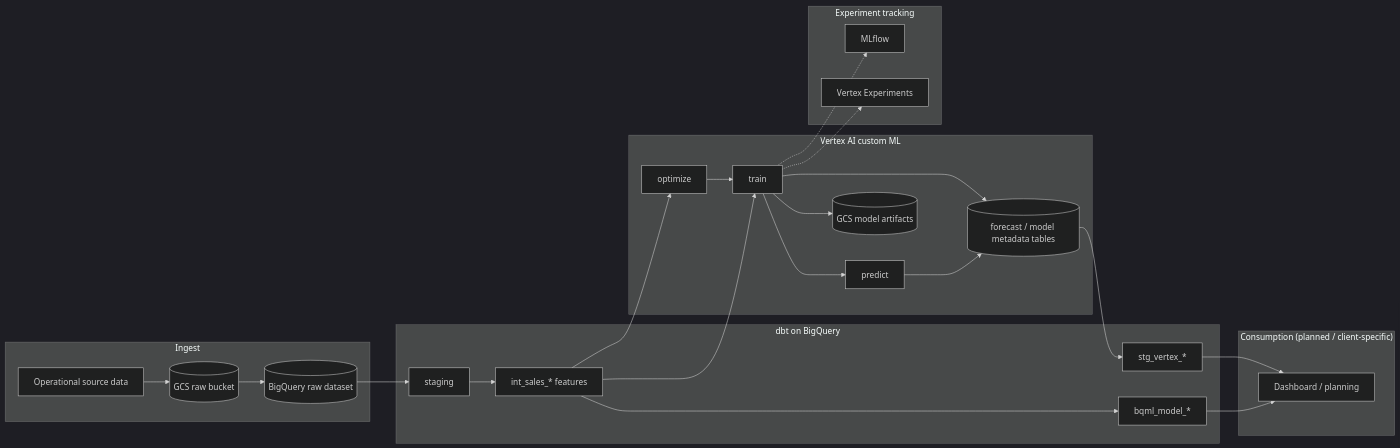
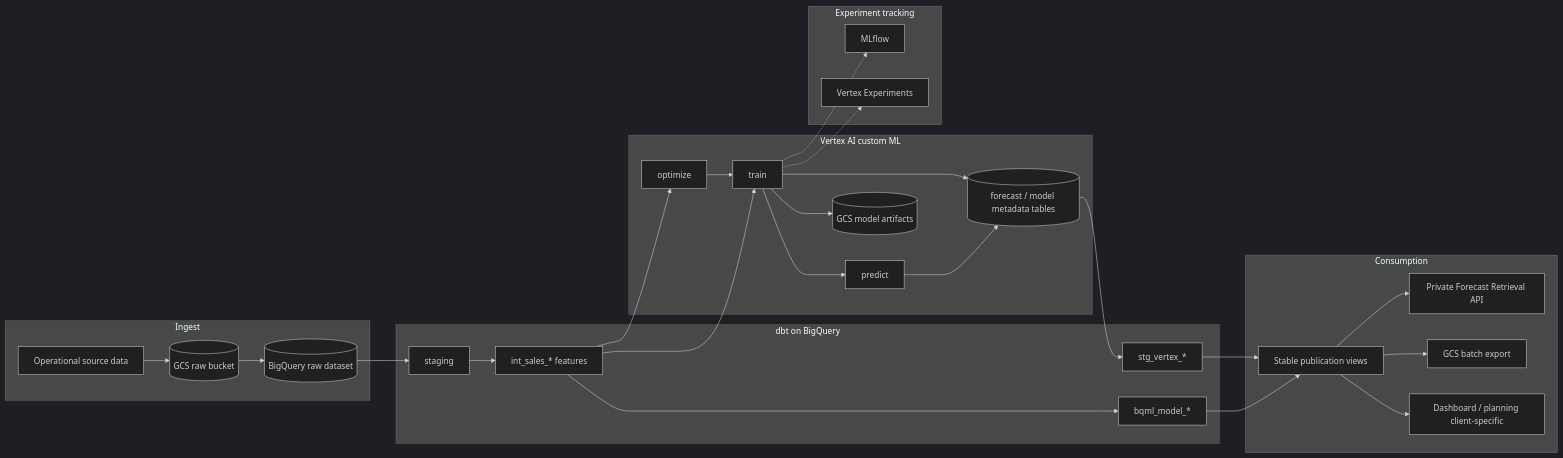
The first of 5 diagrams in docs/reference_architecture.md (the-datastrategist/tds-dbt-favorita), drawn with Mermaid (dark theme) before and after one commit. The commit also changed other lines of this file and 130 other files, not shown here.

````diff
--- a/docs/reference_architecture.md
+++ b/docs/reference_architecture.md
@@ -28,45 +28,51 @@
 ```mermaid
 flowchart LR
   subgraph Ingest
     Source[Operational source data]
     GCS[(GCS raw bucket)]
     BQRaw[(BigQuery raw dataset)]
     Source --> GCS --> BQRaw
   end
 
   subgraph dbt["dbt on BigQuery"]
     Stg[staging]
     Int[int_sales_* features]
     BQML[bqml_model_*]
     StgVertex[stg_vertex_*]
     BQRaw --> Stg --> Int
     Int --> BQML
   end
 
   subgraph Vertex["Vertex AI custom ML"]
     Train[train]
     Opt[optimize]
     Pred[predict]
     GCSModels[(GCS model artifacts)]
     BQMeta[(forecast / model metadata tables)]
     Int --> Train
     Int --> Opt --> Train --> Pred
     Train --> GCSModels
     Train --> BQMeta
     Pred --> BQMeta
   end
 
   subgraph Track["Experiment tracking"]
     MLflow[MLflow]
     VExp[Vertex Experiments]
     Train -.-> MLflow
     Train -.-> VExp
   end
 
   BQMeta --> StgVertex
-  subgraph Consume["Consumption (planned / client-specific)"]
-    BI[Dashboard / planning]
-    StgVertex --> BI
-    BQML --> BI
+  subgraph Consume["Consumption"]
+    Published[Stable publication views]
+    API[Private Forecast Retrieval API]
+    Export[GCS batch export]
+    BI[Dashboard / planning client-specific]
+    StgVertex --> Published
+    BQML --> Published
+    Published --> API
+    Published --> Export
+    Published --> BI
   end
 ```
````
